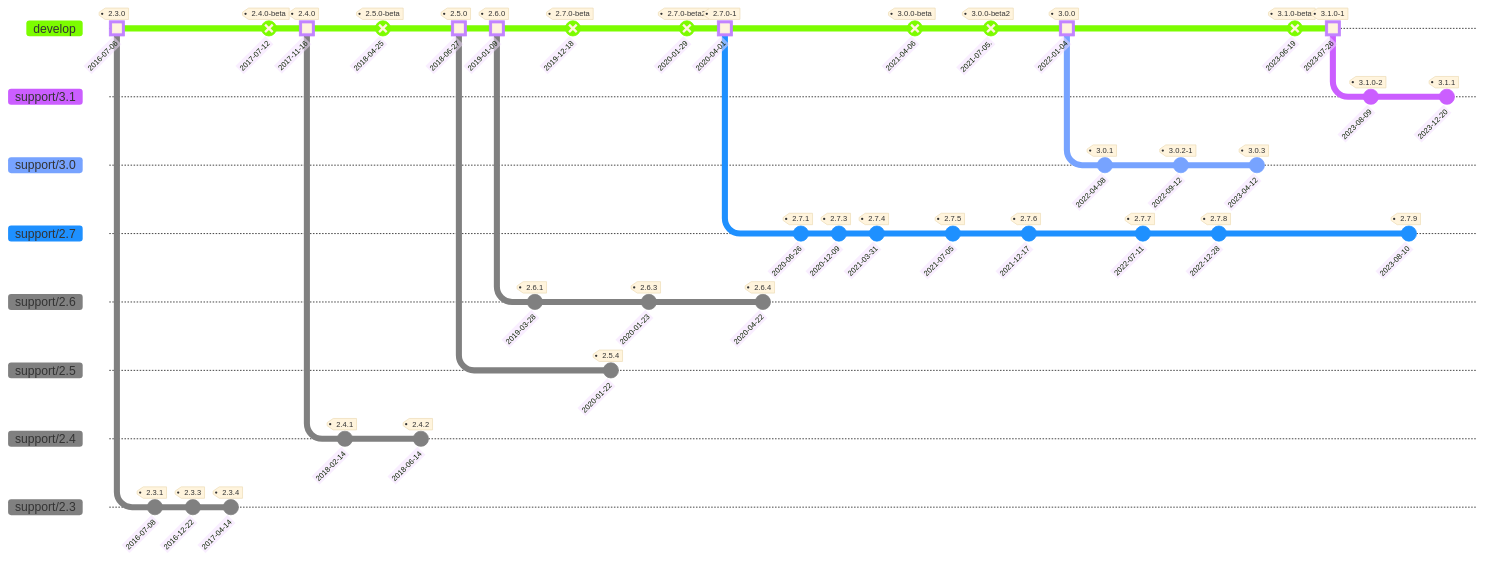
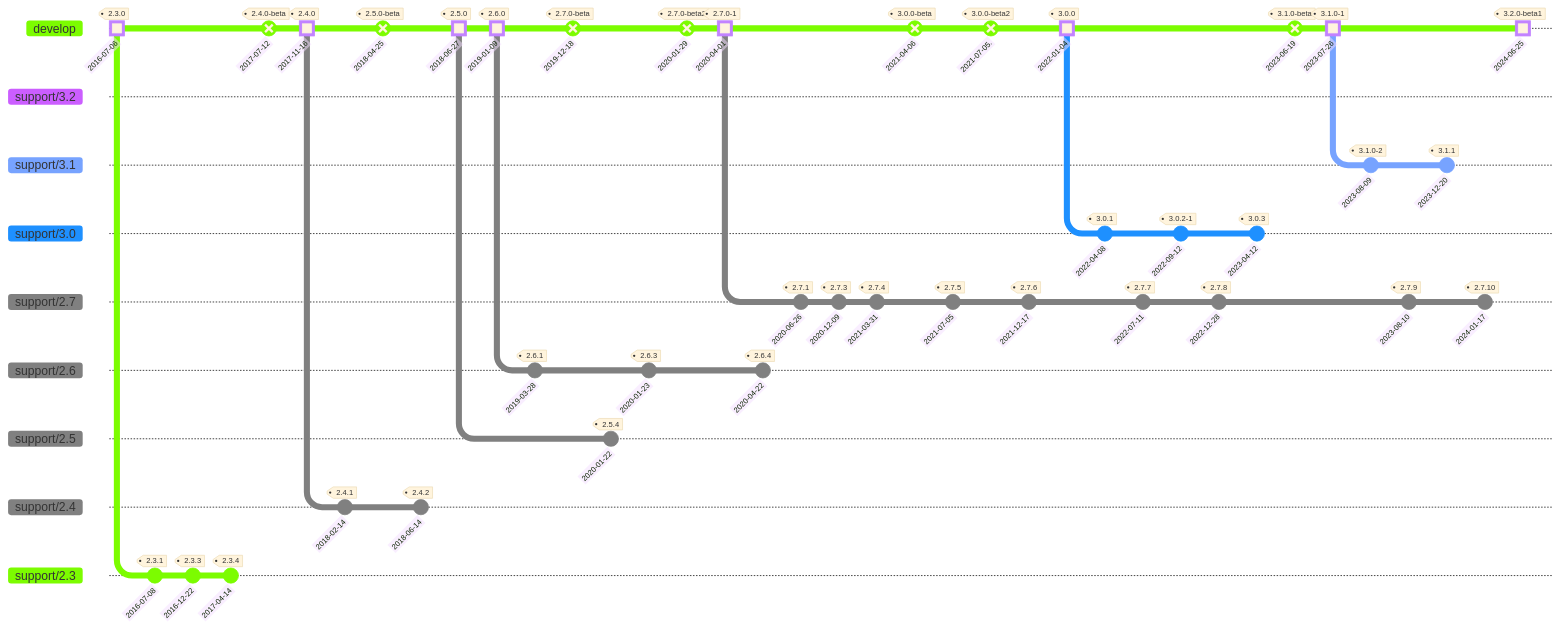
One commit to Combodo/iTop changed the diagram in .doc/itop-version-history.md. Above: the diagram before and after it, drawn with Mermaid.

Commit message:
:tada: Releasing 3.0.2-beta1

````diff
--- a/.doc/itop-version-history.md
+++ b/.doc/itop-version-history.md
@@ -79,4 +79,10 @@
     commit id: "2023-08-10" tag: "2.7.9"
     checkout support/3.1
     commit id: "2023-12-20" tag: "3.1.1"
+    checkout support/2.7
+    commit id: "2024-01-17" tag: "2.7.10"
+    checkout develop
+    commit id: "2024-06-25" tag: "3.2.0-beta1" type: HIGHLIGHT
+    branch support/3.2 order: 830
+    checkout support/3.2
 ```
````
